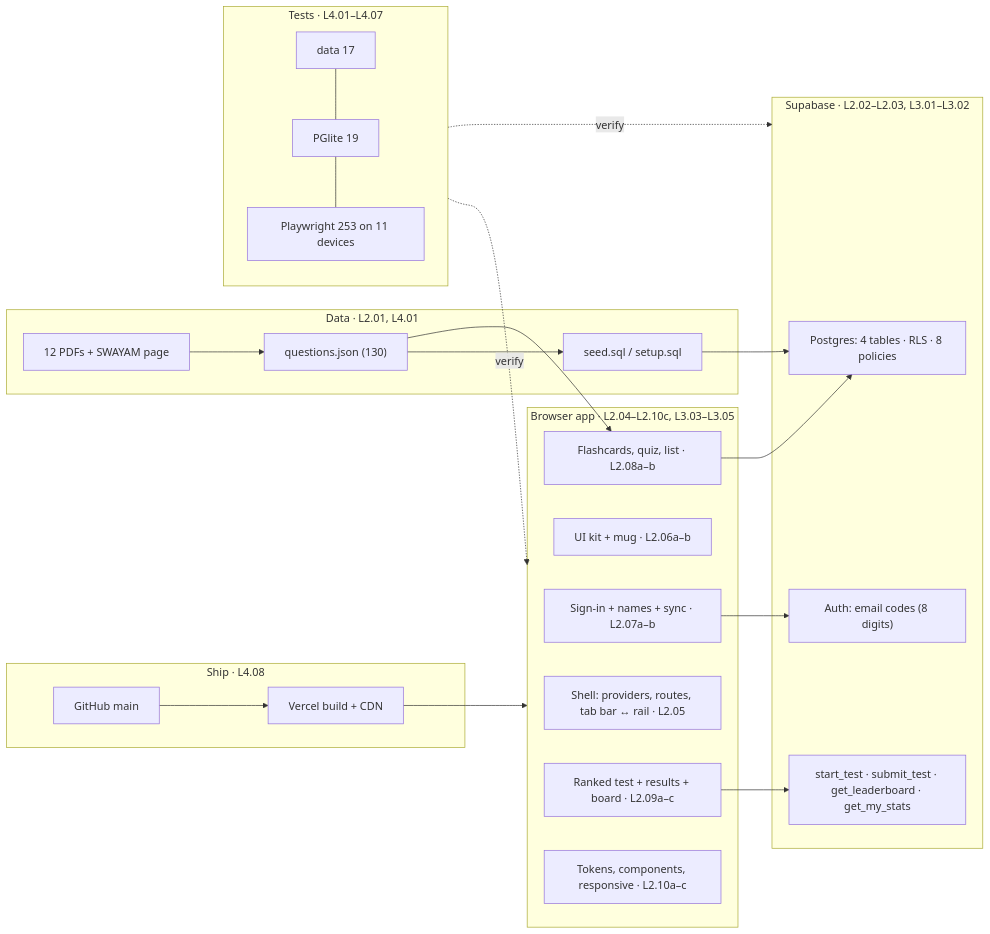
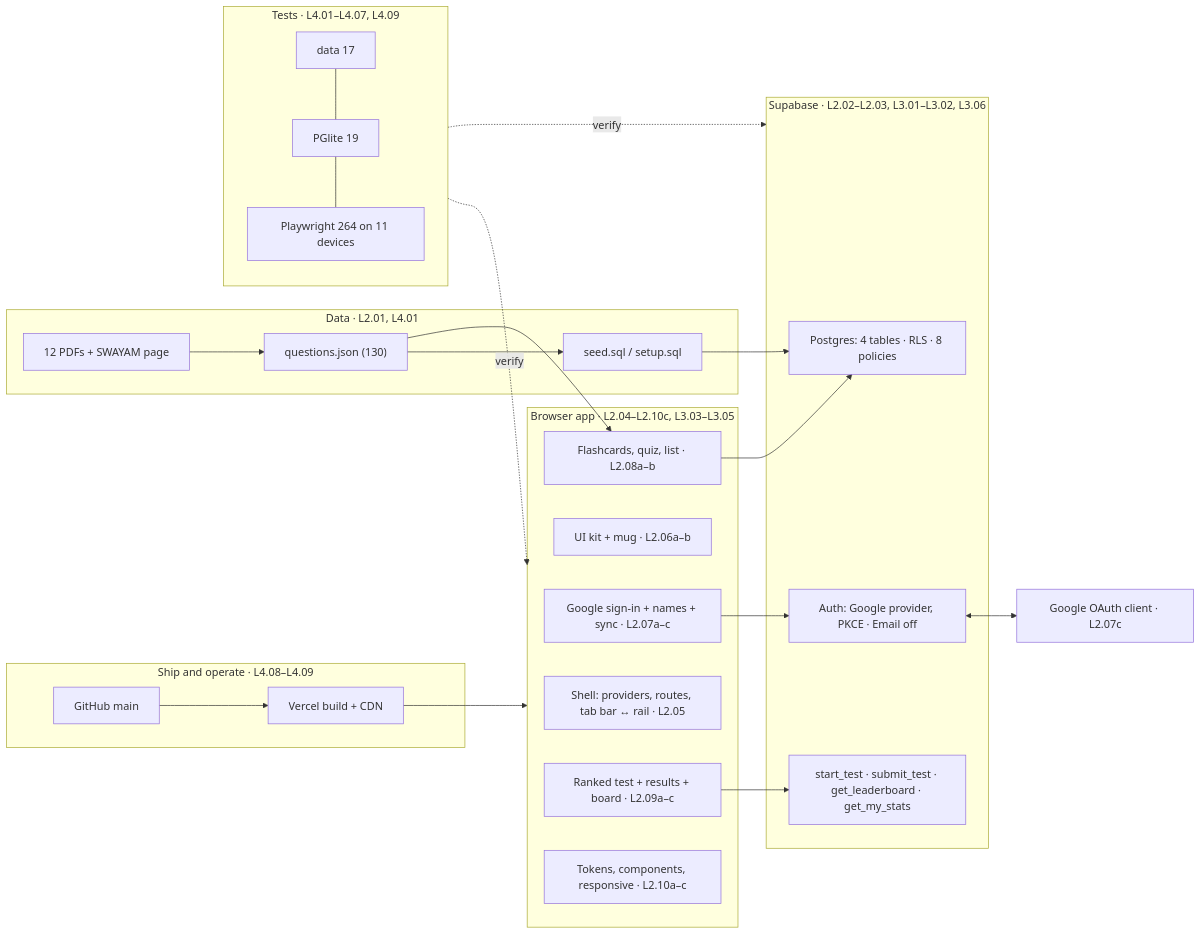
The diagram in learning_material/README.md (CoffeeAurCode/Psycology-of-learning), drawn with Mermaid before and after one commit. The commit also changed other lines of this file and 39 other files, not shown here.

````diff
--- a/learning_material/README.md
+++ b/learning_material/README.md
@@ -54,33 +57,35 @@
 ```mermaid
 flowchart LR
   subgraph data["Data · L2.01, L4.01"]
     PDF["12 PDFs + SWAYAM page"] --> QJ["questions.json (130)"] --> SEED["seed.sql / setup.sql"]
   end
   subgraph browser["Browser app · L2.04–L2.10c, L3.03–L3.05"]
     SHELL["Shell: providers, routes, tab bar ↔ rail · L2.05"]
     UI["UI kit + mug · L2.06a–b"]
-    AUTH["Sign-in + names + sync · L2.07a–b"]
+    AUTH["Google sign-in + names + sync · L2.07a–c"]
     DECK["Flashcards, quiz, list · L2.08a–b"]
     TEST["Ranked test + results + board · L2.09a–c"]
     CSS["Tokens, components, responsive · L2.10a–c"]
   end
-  subgraph supa["Supabase · L2.02–L2.03, L3.01–L3.02"]
+  subgraph supa["Supabase · L2.02–L2.03, L3.01–L3.02, L3.06"]
     PG["Postgres: 4 tables · RLS · 8 policies"]
     FN["start_test · submit_test · get_leaderboard · get_my_stats"]
-    GT["Auth: email codes (8 digits)"]
+    GT["Auth: Google provider, PKCE · Email off"]
   end
-  subgraph ship["Ship · L4.08"]
+  GOOG["Google OAuth client · L2.07c"]
+  subgraph ship["Ship and operate · L4.08–L4.09"]
     GH["GitHub main"] --> VC["Vercel build + CDN"]
   end
-  subgraph tests["Tests · L4.01–L4.07"]
-    T1["data 17"] --- T2["PGlite 19"] --- T3["Playwright 253 on 11 devices"]
+  subgraph tests["Tests · L4.01–L4.07, L4.09"]
+    T1["data 17"] --- T2["PGlite 19"] --- T3["Playwright 264 on 11 devices"]
   end
   QJ --> DECK
   SEED --> PG
   AUTH --> GT
+  GT <--> GOOG
   TEST --> FN
   DECK --> PG
   VC --> browser
   tests -.verify.-> browser
   tests -.verify.-> supa
 ```
````
